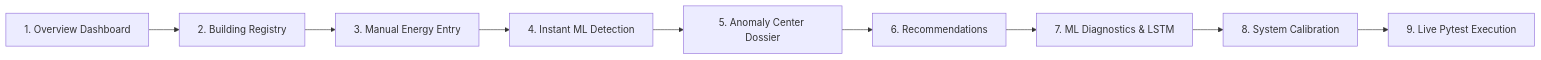
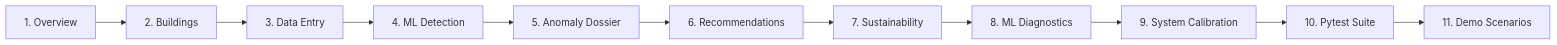
The diagram in docs/DEMO_RUNBOOK.md (Arjunbalaji123/Campus-Energy-Consumption-and-Anomaly-Detection-System--ml-), drawn with Mermaid before and after one commit. The commit also changed other lines of this file and 28 other files, not shown here.

````diff
--- a/docs/DEMO_RUNBOOK.md
+++ b/docs/DEMO_RUNBOOK.md
@@ -31,11 +31,13 @@
 ```mermaid
 flowchart LR
-    S1["1. Overview Dashboard"] --> S2["2. Building Registry"]
-    S2 --> S3["3. Manual Energy Entry"]
-    S3 --> S4["4. Instant ML Detection"]
-    S4 --> S5["5. Anomaly Center Dossier"]
+    S1["1. Overview"] --> S2["2. Buildings"]
+    S2 --> S3["3. Data Entry"]
+    S3 --> S4["4. ML Detection"]
+    S4 --> S5["5. Anomaly Dossier"]
     S5 --> S6["6. Recommendations"]
-    S6 --> S7["7. ML Diagnostics & LSTM"]
-    S7 --> S8["8. System Calibration"]
-    S8 --> S9["9. Live Pytest Execution"]
+    S6 --> S7["7. Sustainability"]
+    S7 --> S8["8. ML Diagnostics"]
+    S8 --> S9["9. System Calibration"]
+    S9 --> S10["10. Pytest Suite"]
+    S10 --> S11["11. Demo Scenarios"]
 ```
````
